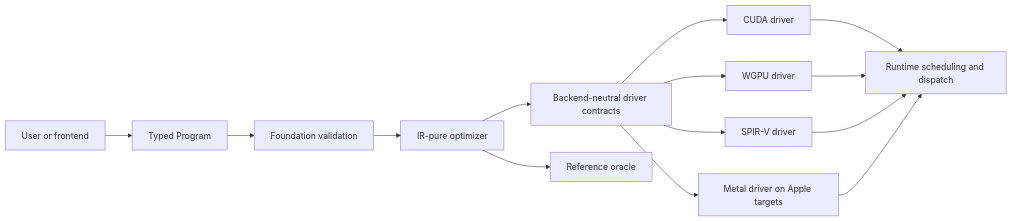
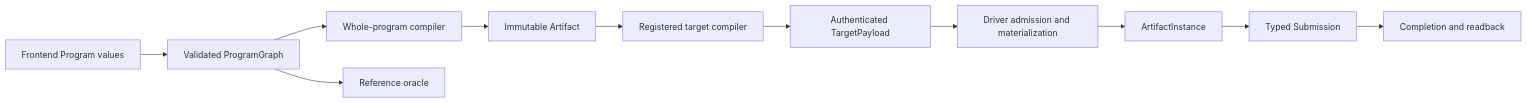
Before and after one commit to santhreal/vyre: the first of 2 diagrams in docs/ARCHITECTURE.md, drawn with Mermaid. The commit also changed other lines of this file and 1487 other files, not shown here.

````diff
--- a/docs/ARCHITECTURE.md
+++ b/docs/ARCHITECTURE.md
@@ -18,16 +21,13 @@
 ```mermaid
 flowchart LR
-    User[User or frontend] --> Program[Typed Program]
-    Program --> Validate[Foundation validation]
-    Validate --> Optimize[IR-pure optimizer]
-    Optimize --> Driver[Backend-neutral driver contracts]
-    Driver --> CUDA[CUDA driver]
-    Driver --> WGPU[WGPU driver]
-    Driver --> SPIRV[SPIR-V driver]
-    Driver --> Metal[Metal driver on Apple targets]
-    Optimize --> Reference[Reference oracle]
-    CUDA --> Runtime[Runtime scheduling and dispatch]
-    WGPU --> Runtime
-    SPIRV --> Runtime
-    Metal --> Runtime
+    Frontend[Frontend Program values] --> Graph[Validated ProgramGraph]
+    Graph --> Compiler[Whole-program compiler]
+    Compiler --> Artifact[Immutable Artifact]
+    Artifact --> TargetCompiler[Registered target compiler]
+    TargetCompiler --> Payload[Authenticated TargetPayload]
+    Payload --> Materializer[Driver admission and materialization]
+    Materializer --> Instance[ArtifactInstance]
+    Instance --> Submission[Typed Submission]
+    Submission --> Completion[Completion and readback]
+    Graph --> Reference[Reference oracle]
 ```
````
